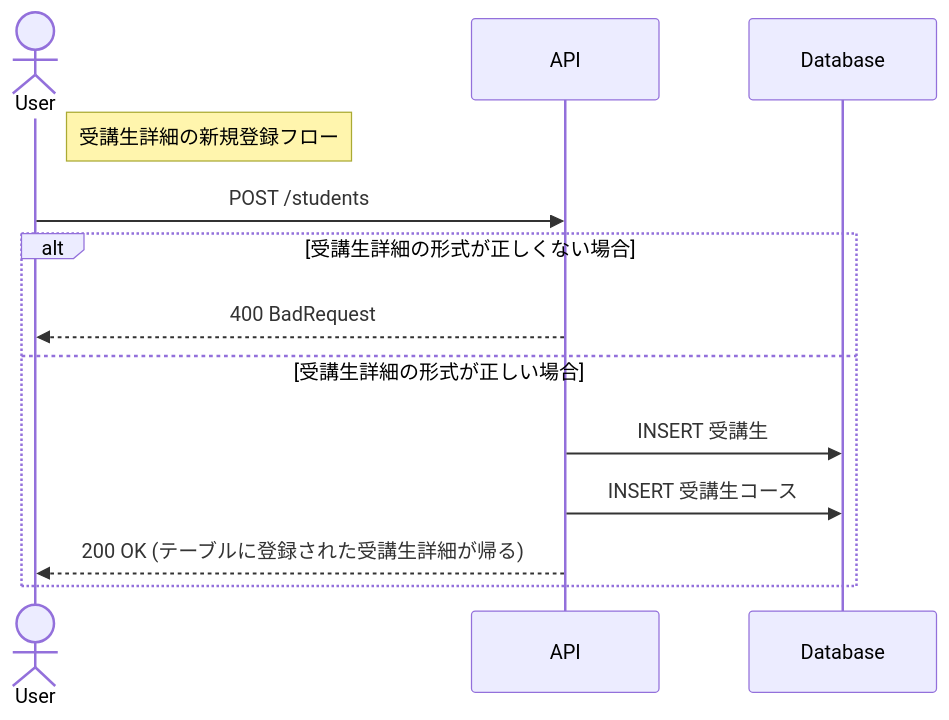
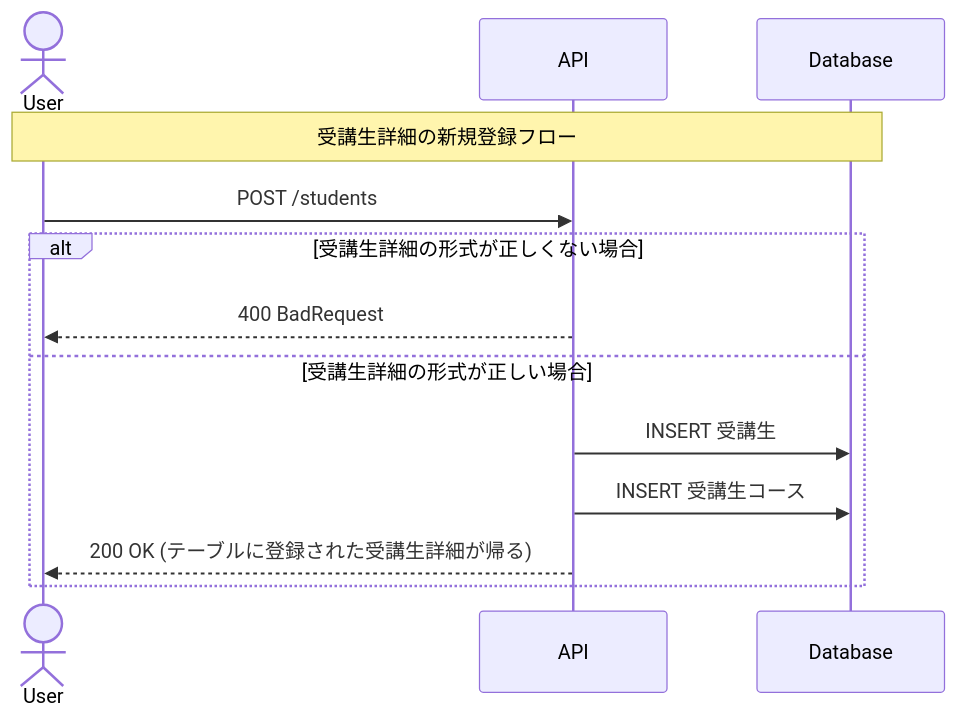
One commit to saway261/StudentManagement changed the third of 5 diagrams in README.md. Above: the diagram before and after it, drawn with Mermaid. The commit also changed other lines of this file, not shown here.

Commit message:
docs: README修正(シーケンス図のNoteがUserからDBまでをまたがるように)

````diff
--- a/README.md
+++ b/README.md
@@ -113,17 +113,17 @@
 ```mermaid
 
 sequenceDiagram
     actor User
     participant API as API
     participant DB as Database
-    Note right of User: 受講生詳細の新規登録フロー
+    Note over User, DB: 受講生詳細の新規登録フロー
     User ->> API: POST /students
     alt 受講生詳細の形式が正しくない場合
         API -->> User: 400 BadRequest
     else 受講生詳細の形式が正しい場合
         API ->> DB: INSERT 受講生
         API ->> DB: INSERT 受講生コース
         API -->> User: 200 OK (テーブルに登録された受講生詳細が帰る)
     end
 
 ```
````
